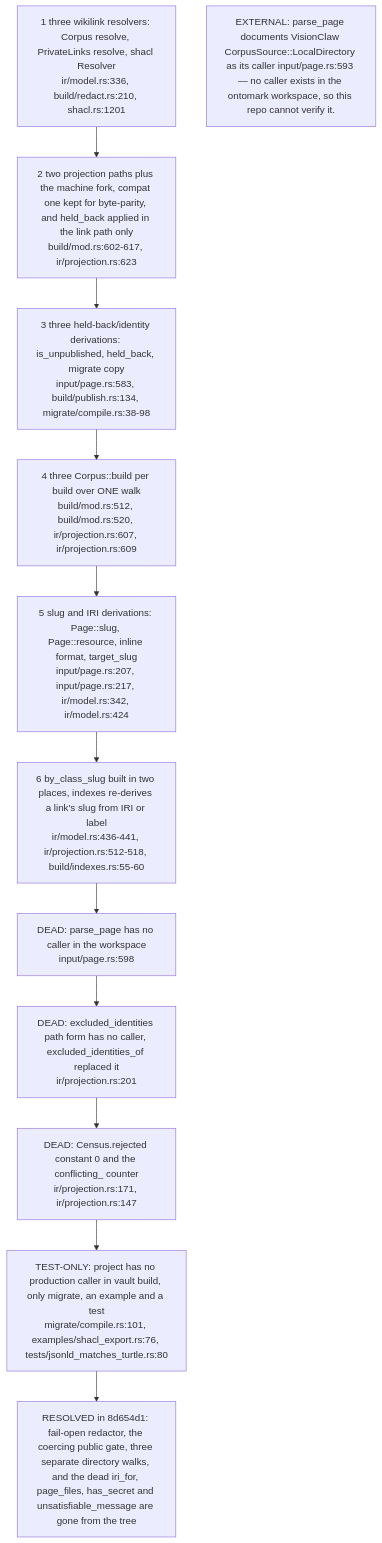
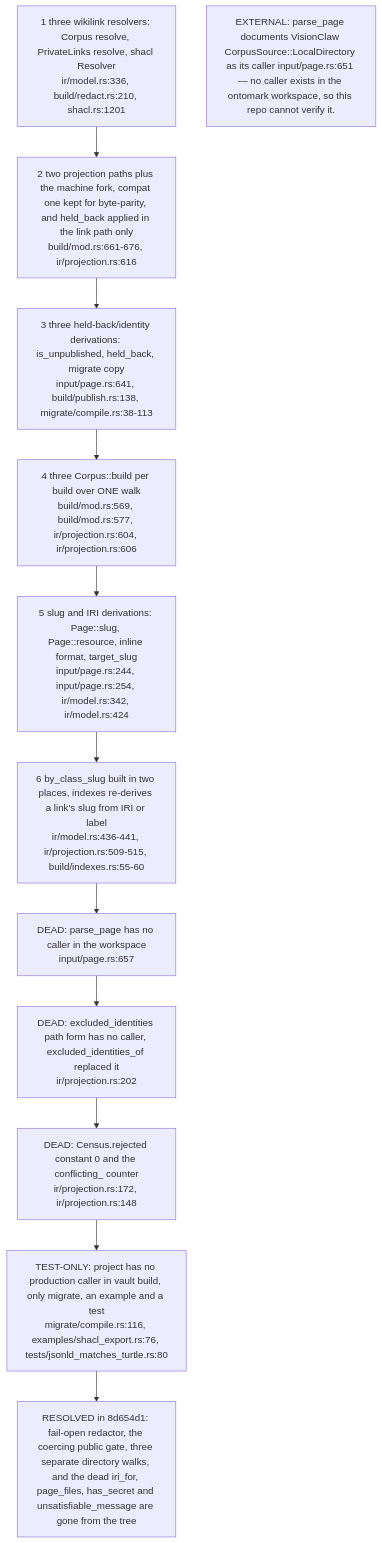
Before and after one commit to DreamLab-AI/VisionFlow: the sixth of 6 diagrams in docs/diagrams/ontomark/02-ir-corpus-projection-and-redaction.md, drawn with Mermaid. The commit also changed other lines of this file and 160 other files, not shown here.

````diff
--- a/docs/diagrams/ontomark/02-ir-corpus-projection-and-redaction.md
+++ b/docs/diagrams/ontomark/02-ir-corpus-projection-and-redaction.md
@@ -206,18 +207,18 @@
 ```mermaid
 flowchart TD
     R1["1 three wikilink resolvers: Corpus resolve, PrivateLinks resolve, shacl Resolver<br/>ir/model.rs:336, build/redact.rs:210, shacl.rs:1201"]
-    R2["2 two projection paths plus the machine fork, compat one kept for byte-parity, and held_back applied in the link path only<br/>build/mod.rs:602-617, ir/projection.rs:623"]
-    R3["3 three held-back/identity derivations: is_unpublished, held_back, migrate copy<br/>input/page.rs:583, build/publish.rs:134, migrate/compile.rs:38-98"]
-    R4["4 three Corpus::build per build over ONE walk<br/>build/mod.rs:512, build/mod.rs:520, ir/projection.rs:607, ir/projection.rs:609"]
-    R5["5 slug and IRI derivations: Page::slug, Page::resource, inline format, target_slug<br/>input/page.rs:207, input/page.rs:217, ir/model.rs:342, ir/model.rs:424"]
-    R6["6 by_class_slug built in two places, indexes re-derives a link's slug from IRI or label<br/>ir/model.rs:436-441, ir/projection.rs:512-518, build/indexes.rs:55-60"]
-    D1["DEAD: parse_page has no caller in the workspace<br/>input/page.rs:598"]
-    D2["DEAD: excluded_identities path form has no caller, excluded_identities_of replaced it<br/>ir/projection.rs:201"]
-    D3["DEAD: Census.rejected constant 0 and the conflicting_ counter<br/>ir/projection.rs:171, ir/projection.rs:147"]
-    D4["TEST-ONLY: project has no production caller in vault build, only migrate, an example and a test<br/>migrate/compile.rs:101, examples/shacl_export.rs:76, tests/jsonld_matches_turtle.rs:80"]
+    R2["2 two projection paths plus the machine fork, compat one kept for byte-parity, and held_back applied in the link path only<br/>build/mod.rs:661-676, ir/projection.rs:616"]
+    R3["3 three held-back/identity derivations: is_unpublished, held_back, migrate copy<br/>input/page.rs:641, build/publish.rs:138, migrate/compile.rs:38-113"]
+    R4["4 three Corpus::build per build over ONE walk<br/>build/mod.rs:569, build/mod.rs:577, ir/projection.rs:604, ir/projection.rs:606"]
+    R5["5 slug and IRI derivations: Page::slug, Page::resource, inline format, target_slug<br/>input/page.rs:244, input/page.rs:254, ir/model.rs:342, ir/model.rs:424"]
+    R6["6 by_class_slug built in two places, indexes re-derives a link's slug from IRI or label<br/>ir/model.rs:436-441, ir/projection.rs:509-515, build/indexes.rs:55-60"]
+    D1["DEAD: parse_page has no caller in the workspace<br/>input/page.rs:657"]
+    D2["DEAD: excluded_identities path form has no caller, excluded_identities_of replaced it<br/>ir/projection.rs:202"]
+    D3["DEAD: Census.rejected constant 0 and the conflicting_ counter<br/>ir/projection.rs:172, ir/projection.rs:148"]
+    D4["TEST-ONLY: project has no production caller in vault build, only migrate, an example and a test<br/>migrate/compile.rs:116, examples/shacl_export.rs:76, tests/jsonld_matches_turtle.rs:80"]
     X1["RESOLVED in 8d654d1: fail-open redactor, the coercing public gate, three separate directory walks, and the dead iri_for, page_files, has_secret and unsatisfiable_message are gone from the tree"]
-    n1["EXTERNAL: parse_page documents VisionClaw CorpusSource::LocalDirectory as its caller input/page.rs:593 — no caller exists in the ontomark workspace, so this repo cannot verify it."]
+    n1["EXTERNAL: parse_page documents VisionClaw CorpusSource::LocalDirectory as its caller input/page.rs:651 — no caller exists in the ontomark workspace, so this repo cannot verify it."]
     R1 --> R2 --> R3 --> R4 --> R5 --> R6
     R6 --> D1 --> D2 --> D3 --> D4
     D4 --> X1
 ```
````
